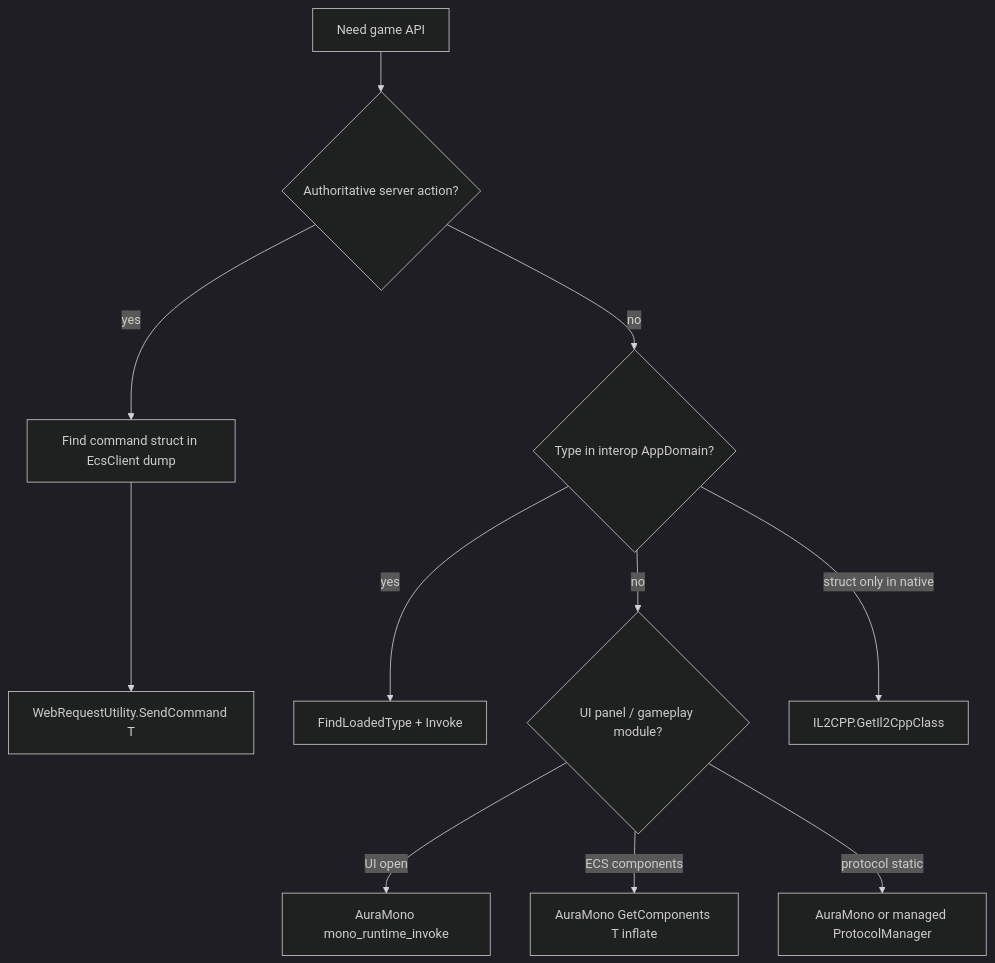
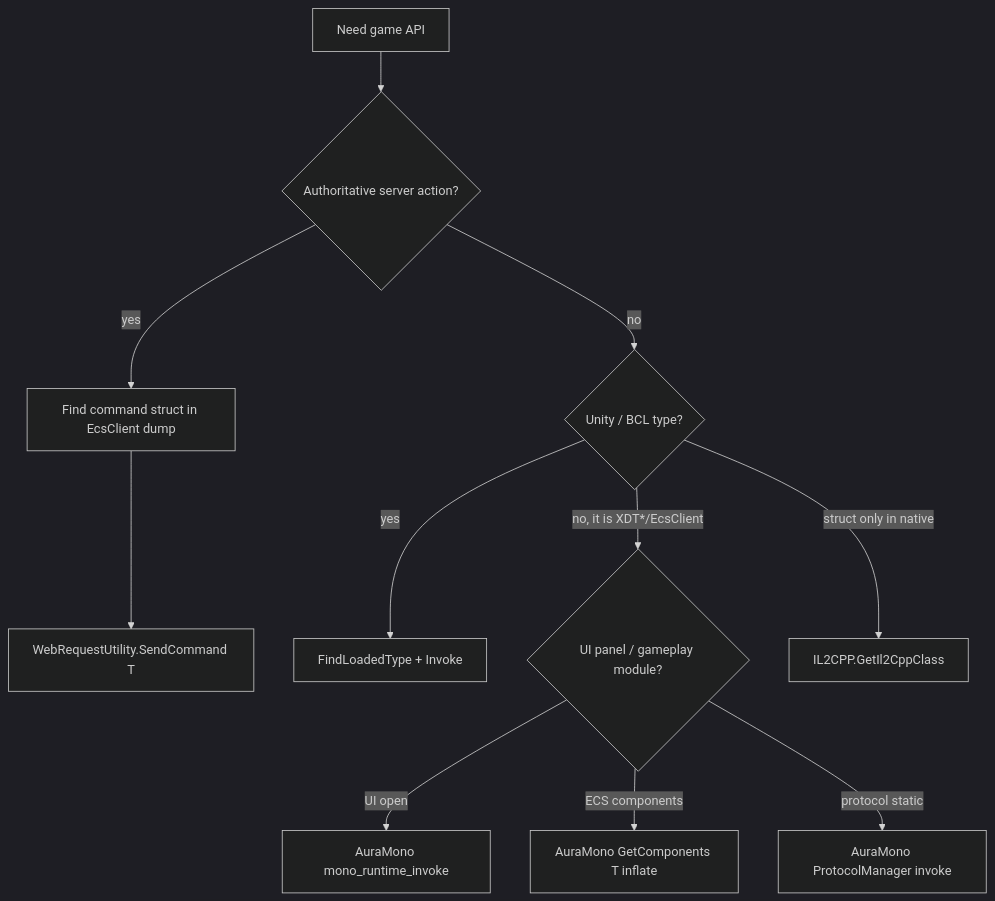
One commit to baboodev/Bugtopia changed the diagram in AGENTS.md. Above: the diagram before and after it, drawn with Mermaid (dark theme). The commit also changed other lines of this file and 1 other file, not shown here.

Commit message:
Document that game types are AuraMono-only after the managed purge

````diff
--- a/AGENTS.md
+++ b/AGENTS.md
@@ -223,13 +231,13 @@
 ```mermaid
 flowchart TD
   A[Need game API] --> B{Authoritative server action?}
   B -->|yes| C[Find command struct in EcsClient dump]
   C --> D[WebRequestUtility.SendCommand T]
-  B -->|no| E{Type in interop AppDomain?}
+  B -->|no| E{Unity / BCL type?}
   E -->|yes| F[FindLoadedType + Invoke]
-  E -->|no| G{UI panel / gameplay module?}
+  E -->|no, it is XDT*/EcsClient| G{UI panel / gameplay module?}
   G -->|UI open| H[AuraMono mono_runtime_invoke]
   G -->|ECS components| I[AuraMono GetComponents T inflate]
-  G -->|protocol static| J[AuraMono or managed ProtocolManager]
+  G -->|protocol static| J[AuraMono ProtocolManager invoke]
   E -->|struct only in native| K[IL2CPP.GetIl2CppClass]
 ```
````
